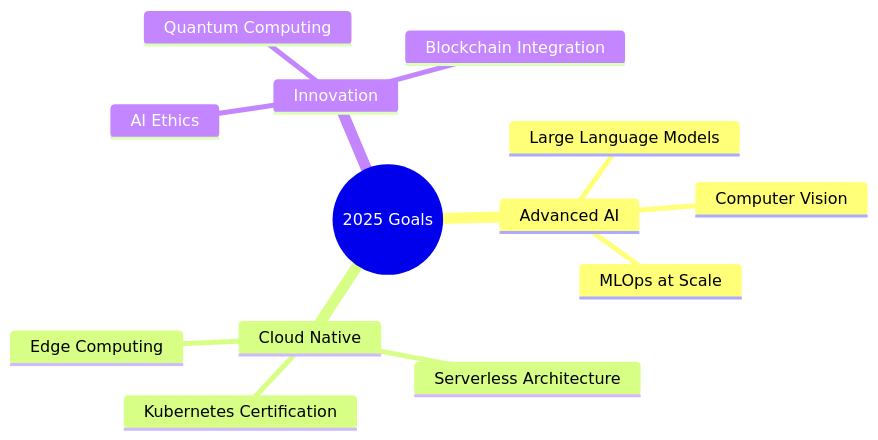
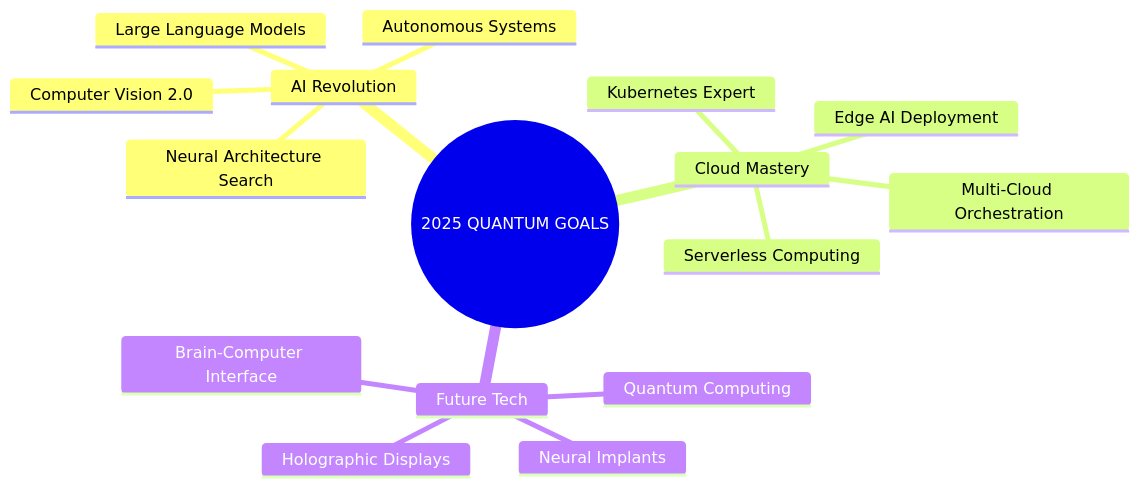
The diagram in README.md (PIYushK0916/PIYushK0916), drawn with Mermaid before and after one commit. The commit also changed other lines of this file, not shown here.

````diff
--- a/README.md
+++ b/README.md
@@ -127,16 +281,19 @@
 ```mermaid
 mindmap
-  root((2025 Goals))
-    Advanced AI
+  root((2025 QUANTUM GOALS))
+    AI Revolution
       Large Language Models
-      Computer Vision
-      MLOps at Scale
-    Cloud Native
-      Kubernetes Certification
-      Serverless Architecture
-      Edge Computing
-    Innovation
-      AI Ethics
+      Computer Vision 2.0
+      Autonomous Systems
+      Neural Architecture Search
+    Cloud Mastery
+      Kubernetes Expert
+      Serverless Computing
+      Edge AI Deployment
+      Multi-Cloud Orchestration
+    Future Tech
       Quantum Computing
-      Blockchain Integration
+      Brain-Computer Interface
+      Holographic Displays
+      Neural Implants
 ```
````
